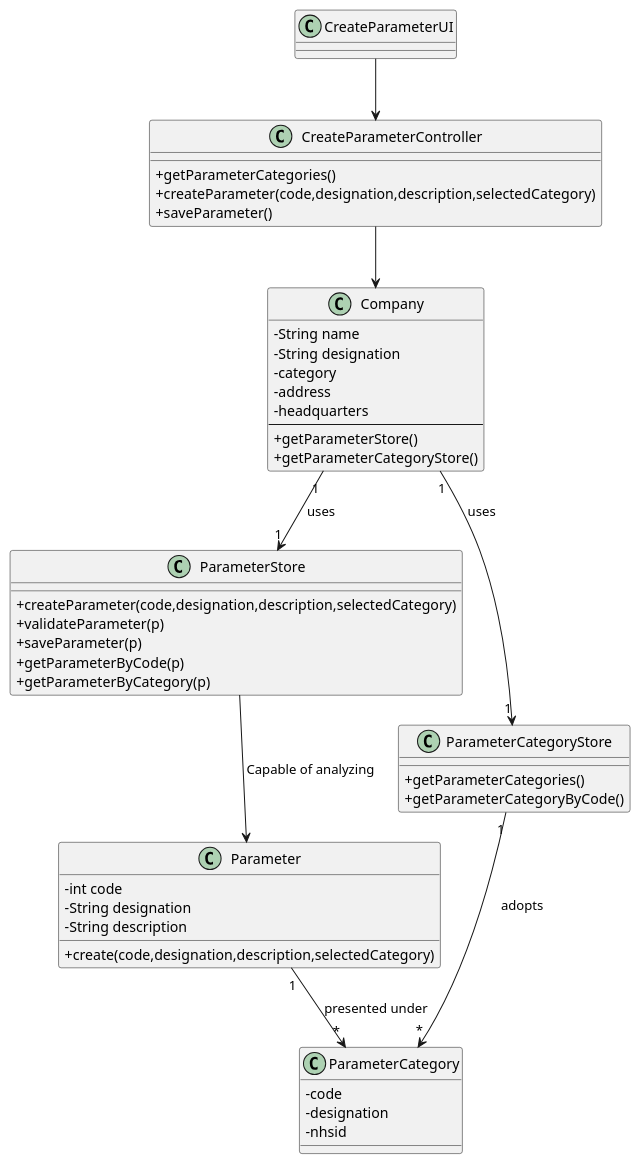
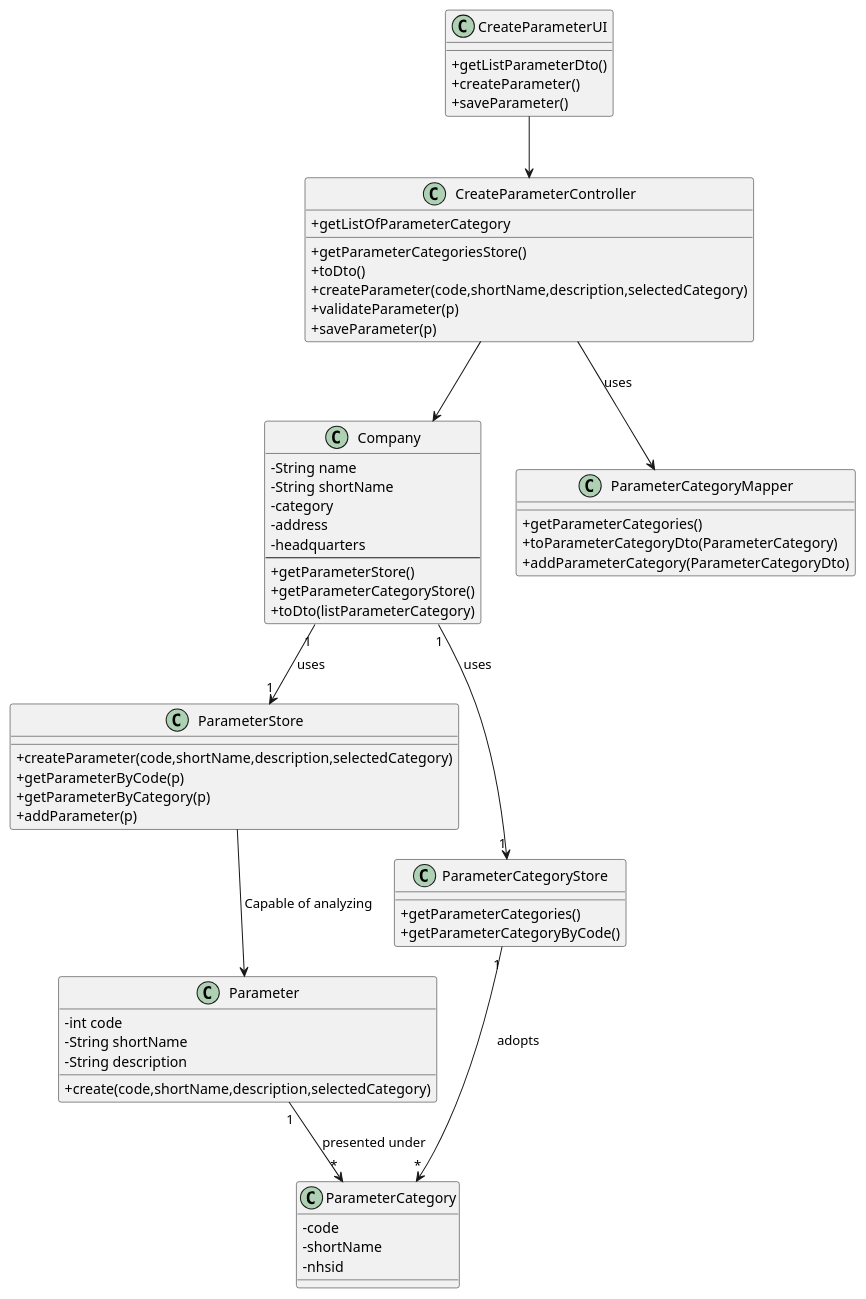
Before and after one commit to manu-07-ela/LAPR2_ISEP: the diagram in docs/SprintB/US10/US10_CD.puml, drawn with PlantUML. The commit also changed 2 other files, not shown here.

Commit message:
Updating the Classes Diagram - US10

```diff
--- a/docs/SprintB/US10/US10_CD.puml
+++ b/docs/SprintB/US10/US10_CD.puml
@@ -1,59 +1,73 @@
 @startuml
 skinparam classAttributeIconSize 0
 
 class CreateParameterUI{
++getListParameterDto()
++createParameter()
++saveParameter()
 }
 
 class CreateParameterController{
-+getParameterCategories()
-+createParameter(code,designation,description,selectedCategory)
-+saveParameter()
++getParameterCategoriesStore()
++getListOfParameterCategory
++toDto()
++createParameter(code,shortName,description,selectedCategory)
++validateParameter(p)
++saveParameter(p)
 }
 
 class Company{
 -String name
--String designation
+-String shortName
 -category
 -address
 -headquarters
 --
 +getParameterStore()
 +getParameterCategoryStore()
++toDto(listParameterCategory)
 }
 
 class ParameterStore {
-+createParameter(code,designation,description,selectedCategory)
-+validateParameter(p)
-+saveParameter(p)
++createParameter(code,shortName,description,selectedCategory)
 +getParameterByCode(p)
 +getParameterByCategory(p)
++addParameter(p)
 }
 
 class ParameterCategoryStore {
 +getParameterCategories()
 +getParameterCategoryByCode()
 }
 
 class Parameter{
 - int code
-- String designation
+- String shortName
 - String description
-+ create(code,designation,description,selectedCategory)
++ create(code,shortName,description,selectedCategory)
 }
 
 class ParameterCategory{
 - code
-- designation
+- shortName
 - nhsid
+}
+
+class ParameterCategoryMapper{
++getParameterCategories()
++toParameterCategoryDto(ParameterCategory)
++addParameterCategory(ParameterCategoryDto)
+
 }
 
 
 CreateParameterUI --> CreateParameterController
 CreateParameterController --> Company
+CreateParameterController --> ParameterCategoryMapper : uses
 Company "1" --> "1" ParameterStore : uses
 Company "1" --> "1" ParameterCategoryStore : uses
 ParameterStore --> Parameter : Capable of analyzing
 ParameterCategoryStore "1" --> "*" ParameterCategory : adopts
 Parameter "1" --> "*" ParameterCategory : presented under
 
 @enduml
```
